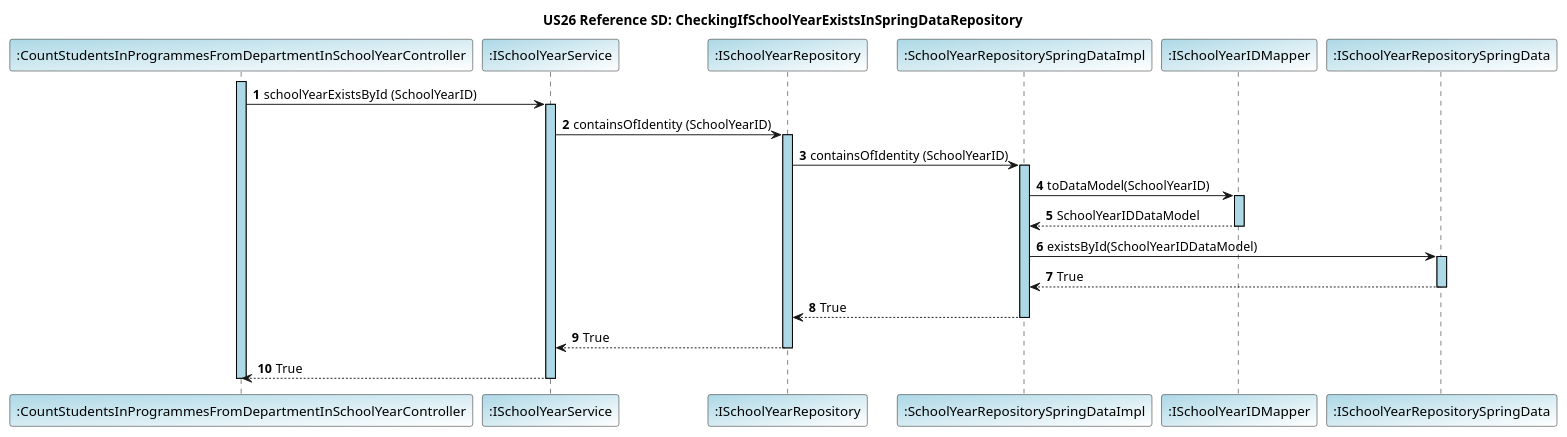
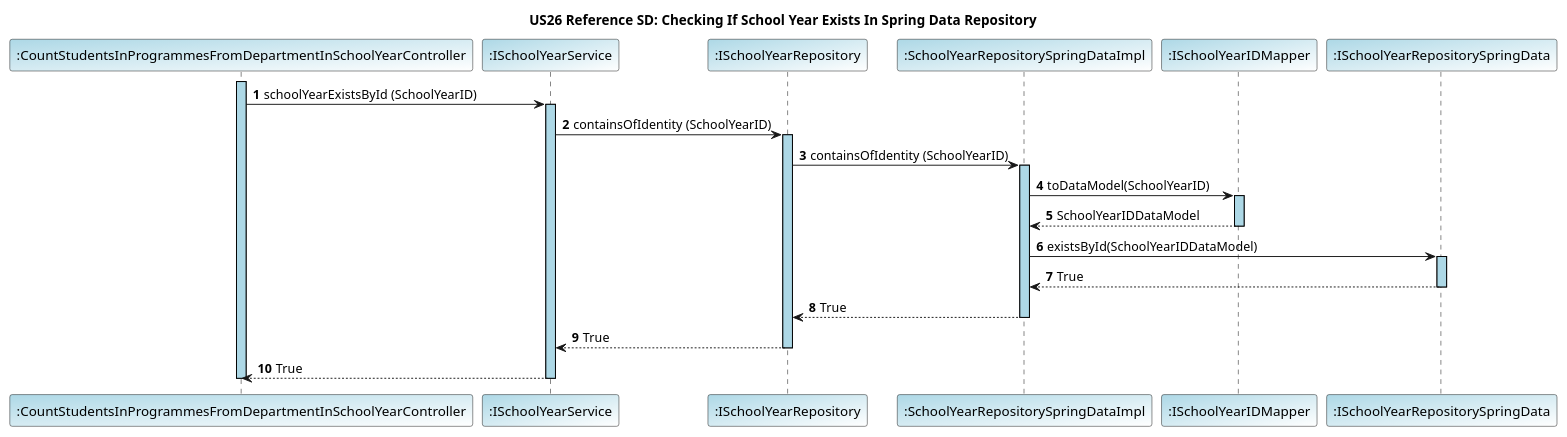
Before and after one commit to GasparISEP/DevOps-PAI: the diagram in docs/US26/JPA_SpringData_Diagrams/US26_Ref_CheckingIfSchoolYearExistsInSpringDataRepository.puml, drawn with PlantUML. The commit also changed 25 other files, not shown here.

Commit message:
Updated Controller for functionality CountStudentsInProgrammesFromDepartmentInGivenSchoolYear + tests- Refs #394 #463

```diff
--- a/docs/US26/JPA_SpringData_Diagrams/US26_Ref_CheckingIfSchoolYearExistsInSpringDataRepository.puml
+++ b/docs/US26/JPA_SpringData_Diagrams/US26_Ref_CheckingIfSchoolYearExistsInSpringDataRepository.puml
@@ -1,42 +1,42 @@
 @startuml
 
-title US26 Reference SD: CheckingIfSchoolYearExistsInSpringDataRepository
+title US26 Reference SD: Checking If School Year Exists In Spring Data Repository
 autonumber
 skinparam sequence {
    LifelineBorderColor Black
    LifelineBackgroundColor LightBlue
  }
 
 participant ":CountStudentsInProgrammesFromDepartmentInSchoolYearController" as Controller #LightBlue/White
 participant ":ISchoolYearService" as ISchoolYearService #LightBlue/White
 participant ":ISchoolYearRepository" as ISchoolYearRepository #LightBlue/White
 participant ":SchoolYearRepositorySpringDataImpl" as SchoolYearRepositorySpringDataImpl #LightBlue/White
 
 
 activate Controller
 Controller -> ISchoolYearService: schoolYearExistsById (SchoolYearID)
 
 activate ISchoolYearService
 ISchoolYearService -> ISchoolYearRepository: containsOfIdentity (SchoolYearID)
 activate ISchoolYearRepository
 ISchoolYearRepository -> SchoolYearRepositorySpringDataImpl: containsOfIdentity (SchoolYearID)
 activate SchoolYearRepositorySpringDataImpl
 participant ":ISchoolYearIDMapper" as ISchoolYearIDMapper #LightBlue/White
 SchoolYearRepositorySpringDataImpl -> ISchoolYearIDMapper: toDataModel(SchoolYearID)
 activate ISchoolYearIDMapper
 ISchoolYearIDMapper --> SchoolYearRepositorySpringDataImpl: SchoolYearIDDataModel
 deactivate ISchoolYearIDMapper
 participant ":ISchoolYearRepositorySpringData" as ISchoolYearRepositorySpringData #LightBlue/White
 
 SchoolYearRepositorySpringDataImpl -> ISchoolYearRepositorySpringData: existsById(SchoolYearIDDataModel)
 activate ISchoolYearRepositorySpringData
 ISchoolYearRepositorySpringData --> SchoolYearRepositorySpringDataImpl: True
 deactivate ISchoolYearRepositorySpringData
 SchoolYearRepositorySpringDataImpl --> ISchoolYearRepository: True
 deactivate SchoolYearRepositorySpringDataImpl
 ISchoolYearRepository --> ISchoolYearService: True
 deactivate ISchoolYearRepository
 ISchoolYearService --> Controller: True
 deactivate ISchoolYearService
 deactivate Controller
 @enduml
```
